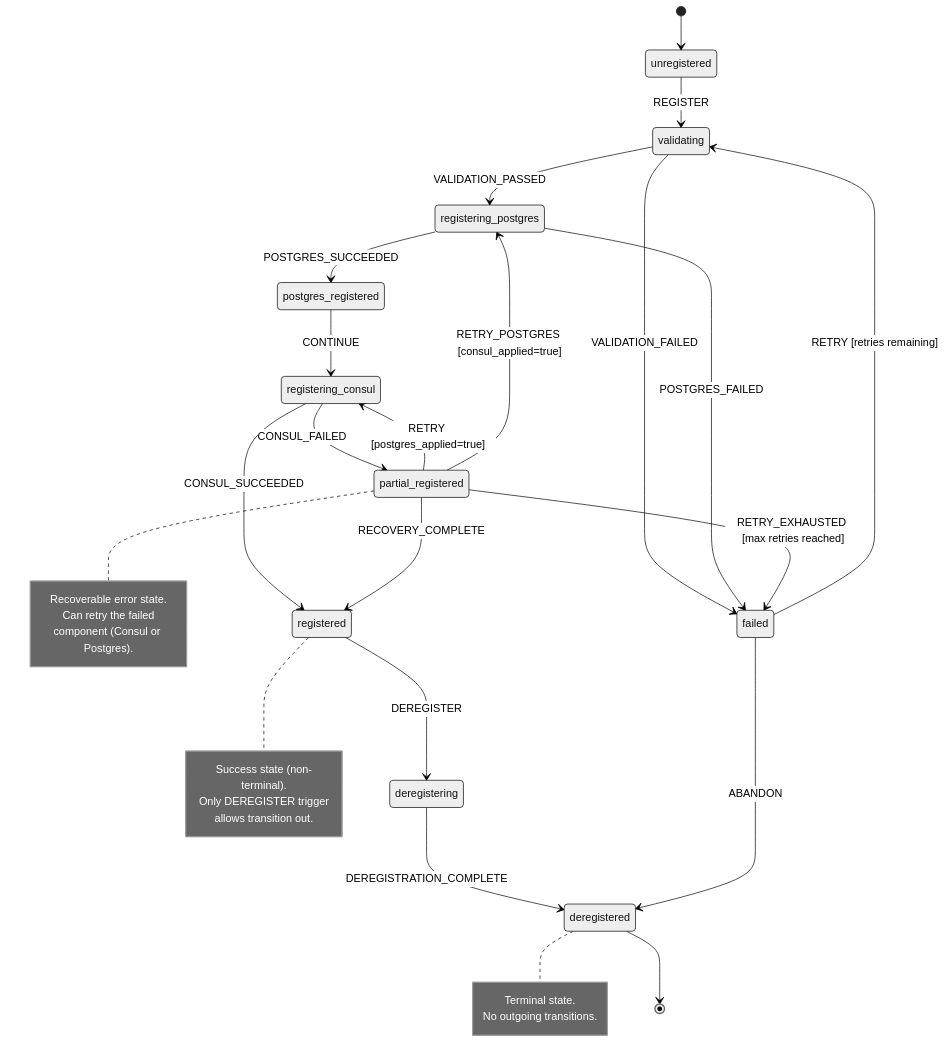
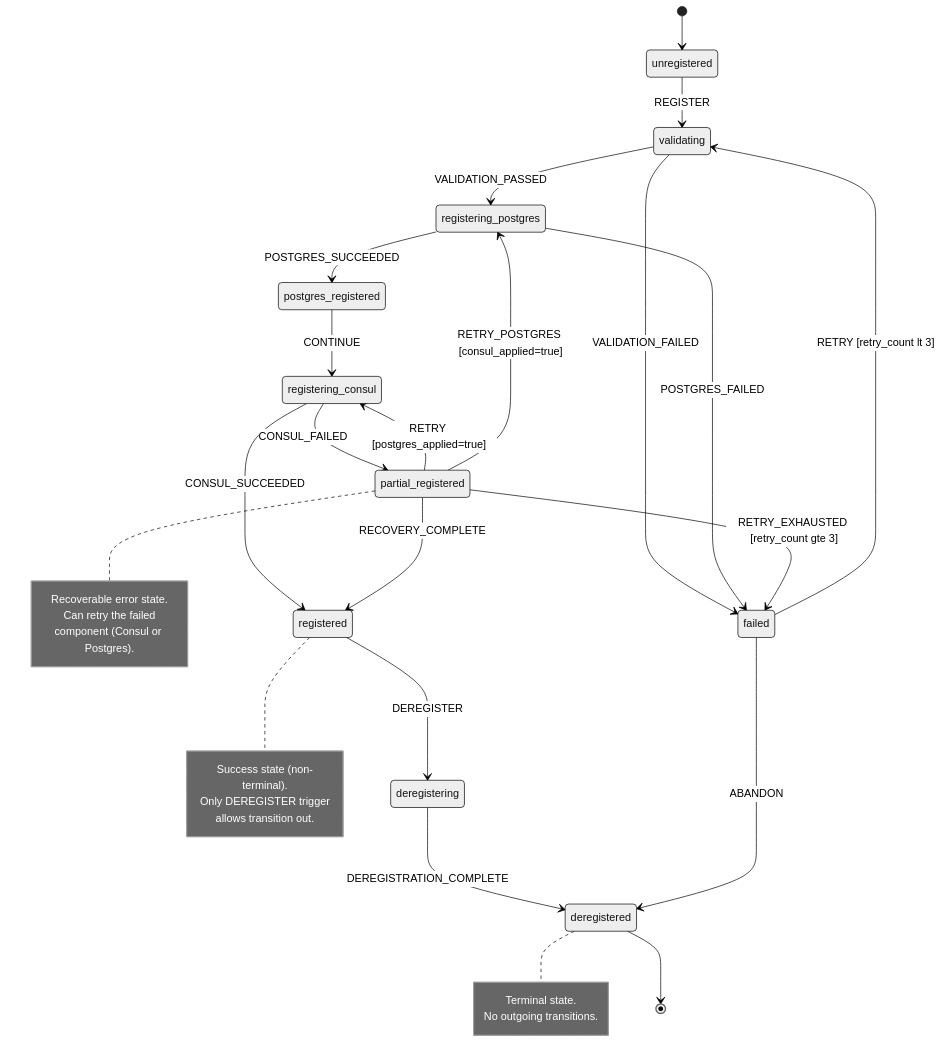
Before and after one commit to OmniNode-ai/omnibase_core: the diagram in docs/architecture/REGISTRATION_FSM_CONTRACT.md, drawn with Mermaid (neutral theme). The commit also changed other lines of this file, not shown here.

Commit message:
fix(review): [minor] align mermaid guard labels with formal notation
Use mermaid-compatible shorthand (gte/lt) instead of natural language
in stateDiagram guard labels to maintain consistency with the formal
guard expressions used throughout the document.

````diff
--- a/docs/architecture/REGISTRATION_FSM_CONTRACT.md
+++ b/docs/architecture/REGISTRATION_FSM_CONTRACT.md
@@ -1969,48 +1971,48 @@
 ```mermaid
 stateDiagram-v2
     [*] --> unregistered
 
     unregistered --> validating : REGISTER
 
     validating --> registering_postgres : VALIDATION_PASSED
     validating --> failed : VALIDATION_FAILED
 
     registering_postgres --> postgres_registered : POSTGRES_SUCCEEDED
     registering_postgres --> failed : POSTGRES_FAILED
 
     postgres_registered --> registering_consul : CONTINUE
 
     registering_consul --> registered : CONSUL_SUCCEEDED
     registering_consul --> partial_registered : CONSUL_FAILED
 
     partial_registered --> registering_consul : RETRY [postgres_applied=true]
     partial_registered --> registering_postgres : RETRY_POSTGRES [consul_applied=true]
     partial_registered --> registered : RECOVERY_COMPLETE
-    partial_registered --> failed : RETRY_EXHAUSTED [max retries reached]
+    partial_registered --> failed : RETRY_EXHAUSTED [retry_count gte 3]
 
     registered --> deregistering : DEREGISTER
 
     deregistering --> deregistered : DEREGISTRATION_COMPLETE
 
-    failed --> validating : RETRY [retries remaining]
+    failed --> validating : RETRY [retry_count lt 3]
     failed --> deregistered : ABANDON
 
     note right of registered
         Success state (non-terminal).
         Only DEREGISTER trigger
         allows transition out.
     end note
 
     note right of partial_registered
         Recoverable error state.
         Can retry the failed
         component (Consul or Postgres).
     end note
 
     note right of deregistered
         Terminal state.
         No outgoing transitions.
     end note
 
     deregistered --> [*]
 ```
````
